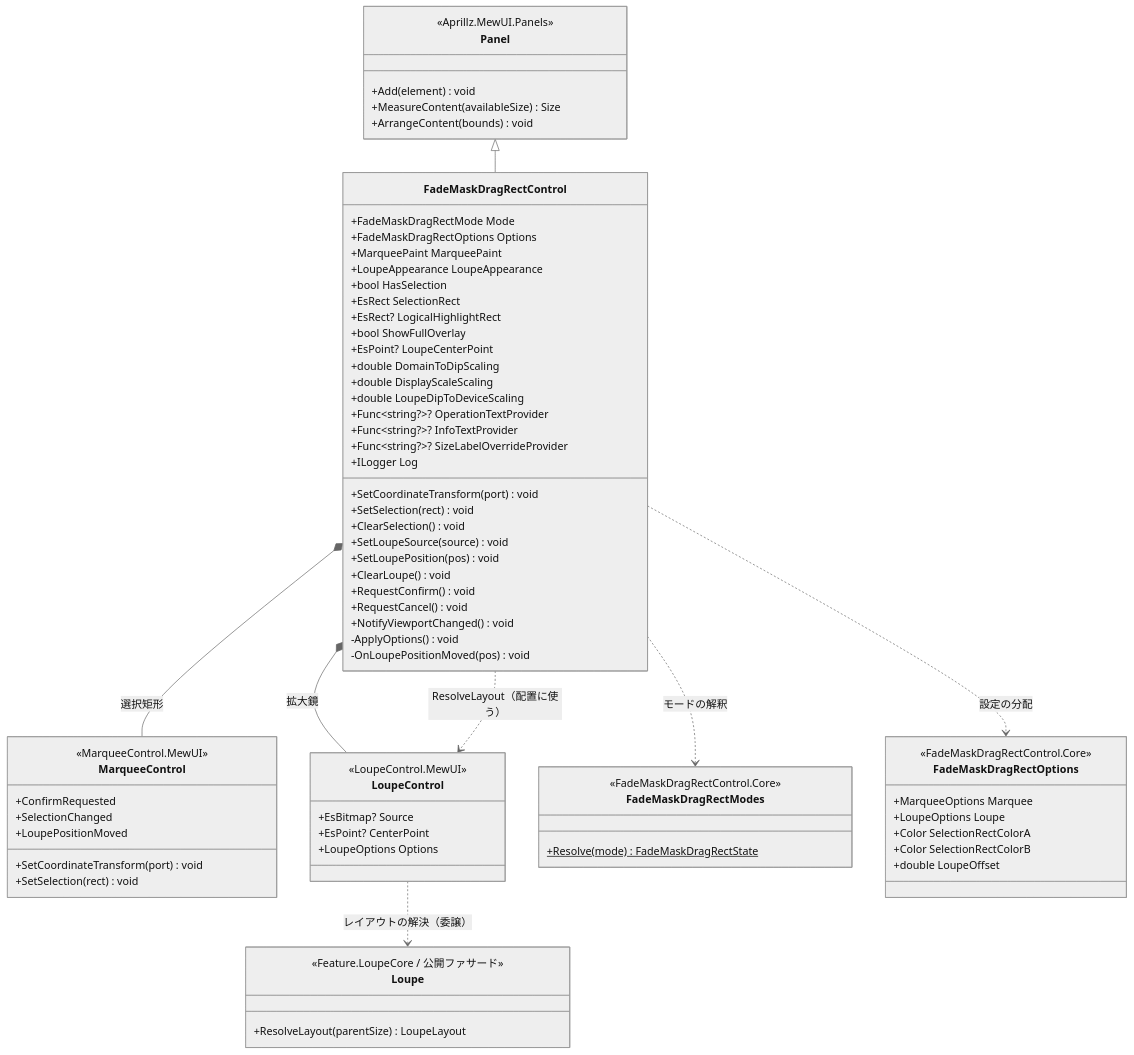
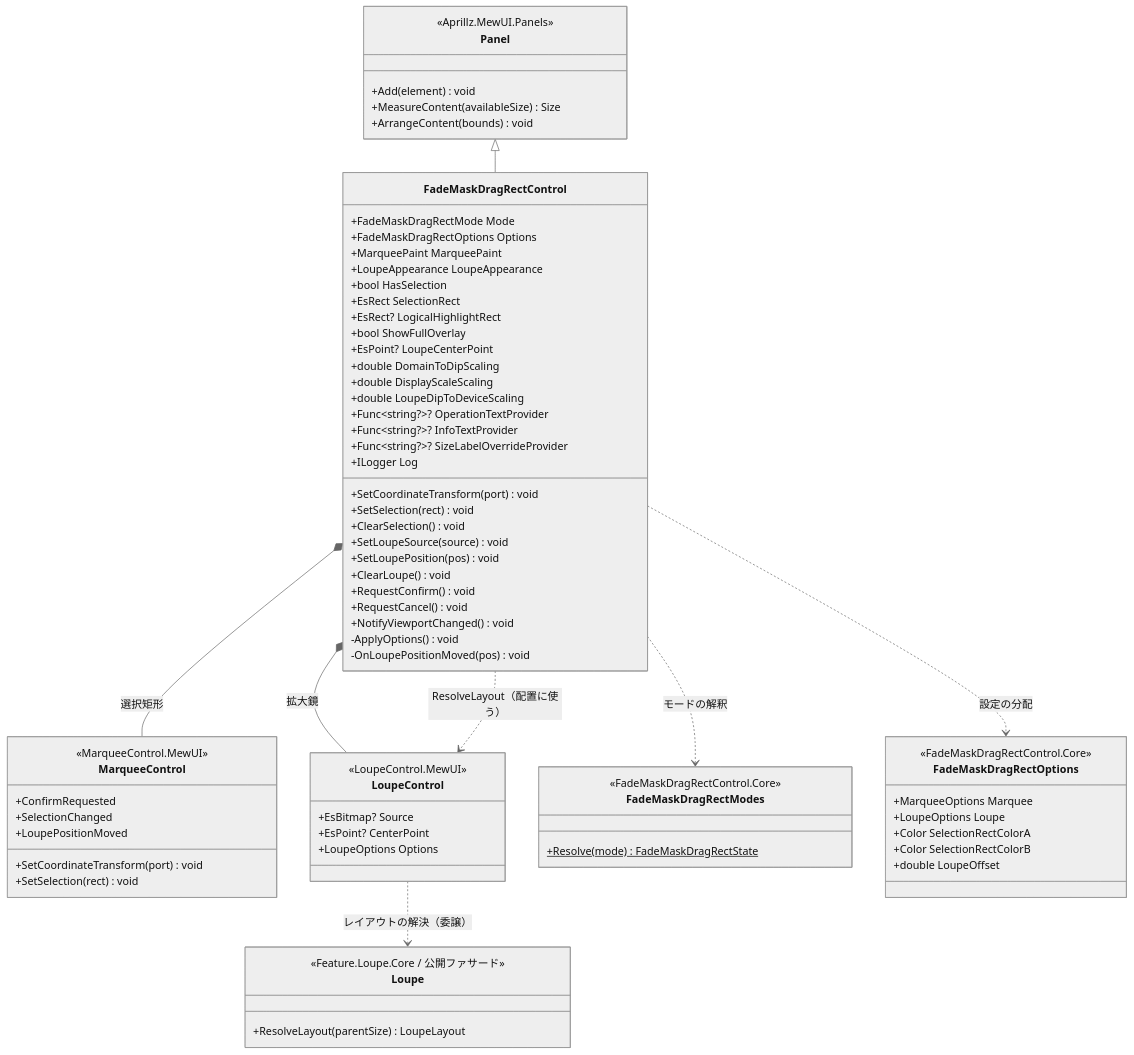
The first of 4 diagrams in src/FadeMaskDragRectControl.MewUI/SPEC_System.md (tomokuni/SaveEvidence), drawn with Mermaid (neutral theme) before and after one commit. The commit also changed other lines of this file and 334 other files, not shown here.

````diff
--- a/src/FadeMaskDragRectControl.MewUI/SPEC_System.md
+++ b/src/FadeMaskDragRectControl.MewUI/SPEC_System.md
@@ -94,76 +94,76 @@
 ```mermaid
 classDiagram
     class Panel {
         <<Aprillz.MewUI.Panels>>
         +Add(element) void
         +MeasureContent(availableSize) Size
         +ArrangeContent(bounds) void
     }
     class FadeMaskDragRectControl {
         +FadeMaskDragRectMode Mode
         +FadeMaskDragRectOptions Options
         +MarqueePaint MarqueePaint
         +LoupeAppearance LoupeAppearance
         +bool HasSelection
         +EsRect SelectionRect
         +EsRect? LogicalHighlightRect
         +bool ShowFullOverlay
         +EsPoint? LoupeCenterPoint
         +double DomainToDipScaling
         +double DisplayScaleScaling
         +double LoupeDipToDeviceScaling
         +Func~string?~? OperationTextProvider
         +Func~string?~? InfoTextProvider
         +Func~string?~? SizeLabelOverrideProvider
         +ILogger Log
         +SetCoordinateTransform(port) void
         +SetSelection(rect) void
         +ClearSelection() void
         +SetLoupeSource(source) void
         +SetLoupePosition(pos) void
         +ClearLoupe() void
         +RequestConfirm() void
         +RequestCancel() void
         +NotifyViewportChanged() void
         -ApplyOptions() void
         -OnLoupePositionMoved(pos) void
     }
     class MarqueeControl {
         <<MarqueeControl.MewUI>>
         +SetCoordinateTransform(port) void
         +SetSelection(rect) void
         +ConfirmRequested
         +SelectionChanged
         +LoupePositionMoved
     }
     class LoupeControl {
         <<LoupeControl.MewUI>>
         +EsBitmap? Source
         +EsPoint? CenterPoint
         +LoupeOptions Options
     }
     class FadeMaskDragRectModes {
         <<FadeMaskDragRectControl.Core>>
         +Resolve(mode)$ FadeMaskDragRectState
     }
     class FadeMaskDragRectOptions {
         <<FadeMaskDragRectControl.Core>>
         +MarqueeOptions Marquee
         +LoupeOptions Loupe
         +Color SelectionRectColorA
         +Color SelectionRectColorB
         +double LoupeOffset
     }
     class Loupe {
-        <<Feature.LoupeCore / 公開ファサード>>
+        <<Feature.Loupe.Core / 公開ファサード>>
         +ResolveLayout(parentSize) LoupeLayout
     }
 
     Panel <|-- FadeMaskDragRectControl
     FadeMaskDragRectControl *-- MarqueeControl : 選択矩形
     FadeMaskDragRectControl *-- LoupeControl : 拡大鏡
     FadeMaskDragRectControl ..> FadeMaskDragRectModes : モードの解釈
     FadeMaskDragRectControl ..> FadeMaskDragRectOptions : 設定の分配
     LoupeControl ..> Loupe : レイアウトの解決（委譲）
     FadeMaskDragRectControl ..> LoupeControl : ResolveLayout（配置に使う）
 ```
````
